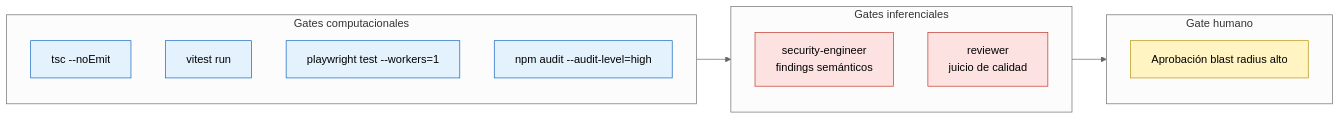
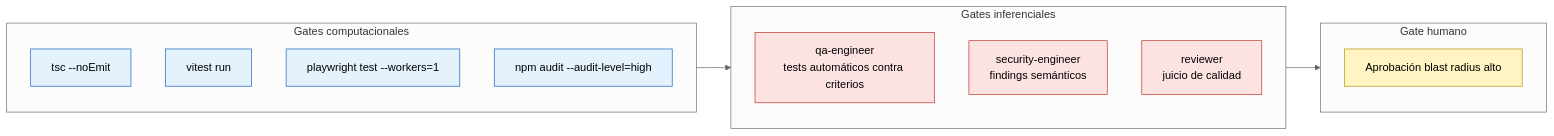
The eighth of 10 diagrams in docs/adlc-workflow.md (juananmora/adlc-claude-code-workspace), drawn with Mermaid (neutral theme) before and after one commit. The commit also changed other lines of this file and 1 other file, not shown here.

````diff
--- a/docs/adlc-workflow.md
+++ b/docs/adlc-workflow.md
@@ -513,29 +516,30 @@
 ```mermaid
 flowchart LR
     subgraph COMP[Gates computacionales]
         direction TB
         C1[tsc --noEmit]
         C2[vitest run]
         C3[playwright test --workers=1]
         C4[npm audit --audit-level=high]
     end
     subgraph INF[Gates inferenciales]
         direction TB
+        I0[qa-engineer<br/>tests automáticos contra criterios]
         I1[security-engineer<br/>findings semánticos]
         I2[reviewer<br/>juicio de calidad]
     end
     subgraph HUM[Gate humano]
         direction TB
         H1[Aprobación blast radius alto]
     end
 
     COMP --> INF
     INF --> HUM
 
     classDef comp fill:#e3f2fd,stroke:#1565c0,color:#000
     classDef inf fill:#fde2e2,stroke:#c0392b,color:#000
     classDef hum fill:#fff4c2,stroke:#b7950b,color:#000
     class C1,C2,C3,C4 comp
-    class I1,I2 inf
+    class I0,I1,I2 inf
     class H1 hum
 ```
````
